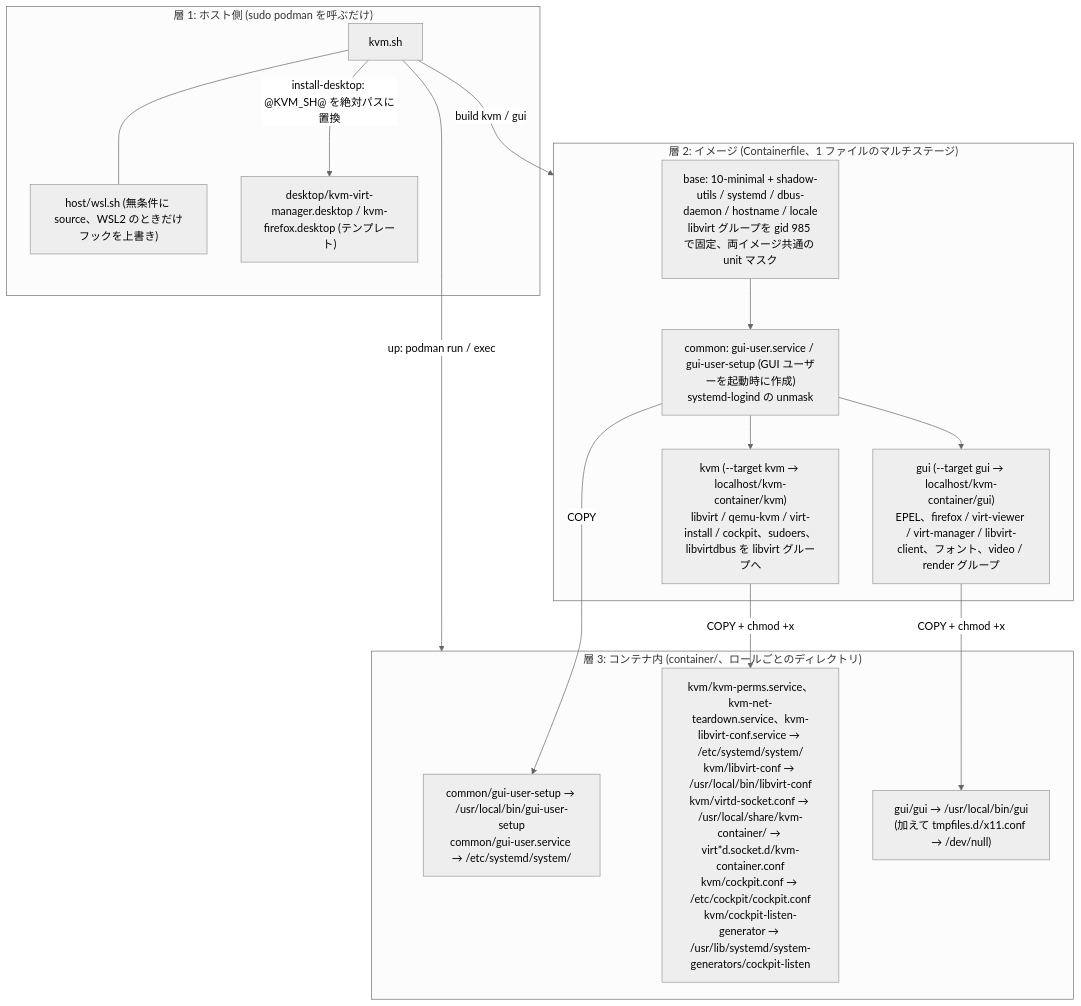
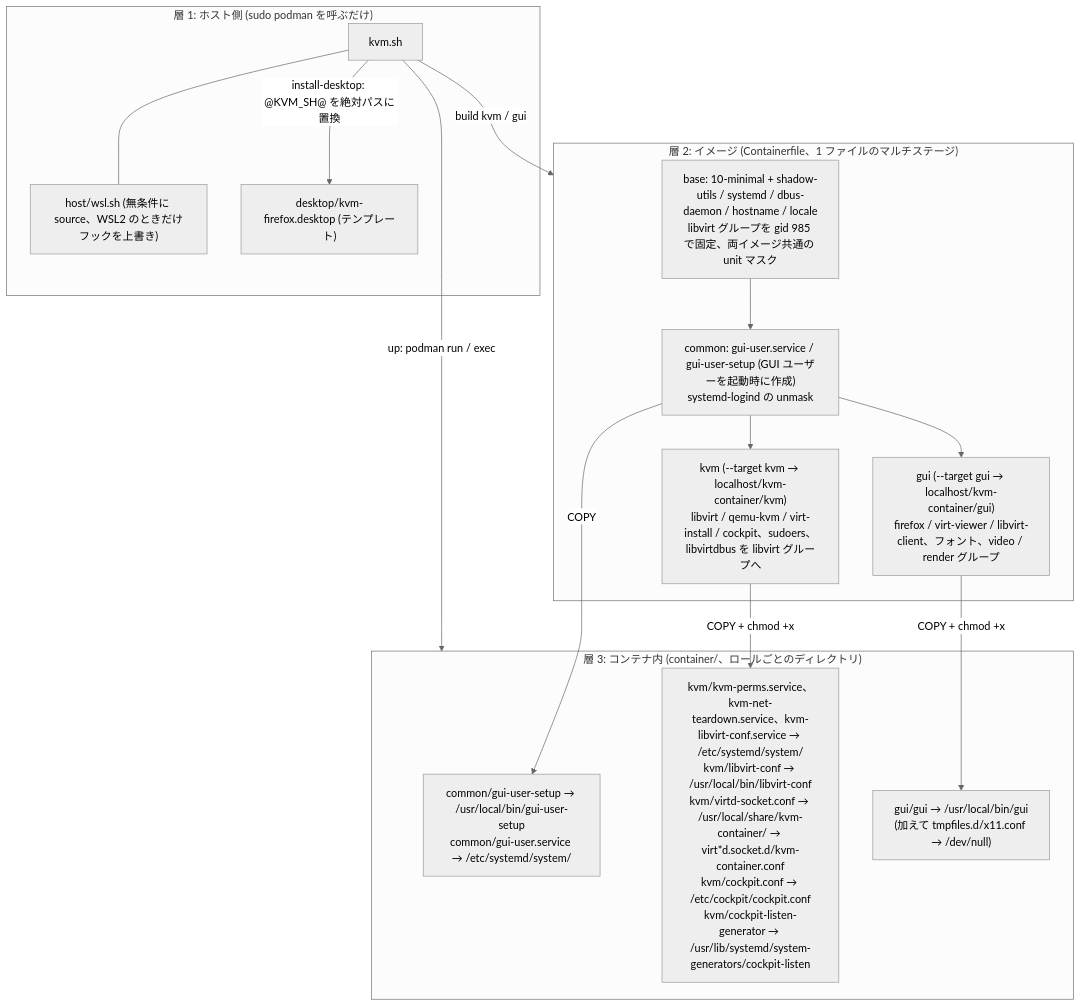
One commit to ryo-aoki-pc/kvm-container changed the fourth of 22 diagrams in docs/SPEC.md. Above: the diagram before and after it, drawn with Mermaid (neutral theme). The commit also changed other lines of this file and 6 other files, not shown here.

First line of the commit message:
virt-manager を削除する (#24)

````diff
--- a/docs/SPEC.md
+++ b/docs/SPEC.md
@@ -223,27 +223,27 @@
 ```mermaid
 flowchart TB
   subgraph L1 ["層 1: ホスト側 (sudo podman を呼ぶだけ)"]
     kvmsh["kvm.sh"] --- wsl["host/wsl.sh (無条件に source、WSL2 のときだけフックを上書き)"]
-    tmpl["desktop/kvm-virt-manager.desktop / kvm-firefox.desktop (テンプレート)"]
+    tmpl["desktop/kvm-firefox.desktop (テンプレート)"]
   end
   subgraph L2 ["層 2: イメージ (Containerfile、1 ファイルのマルチステージ)"]
     base["base: 10-minimal + shadow-utils / systemd / dbus-daemon / hostname / locale<br/>libvirt グループを gid 985 で固定、両イメージ共通の unit マスク"]
     common["common: gui-user.service / gui-user-setup (GUI ユーザーを起動時に作成)<br/>systemd-logind の unmask"]
     kvmimg["kvm (--target kvm → localhost/kvm-container/kvm)<br/>libvirt / qemu-kvm / virt-install / cockpit、sudoers、libvirtdbus を libvirt グループへ"]
-    guiimg["gui (--target gui → localhost/kvm-container/gui)<br/>EPEL、firefox / virt-viewer / virt-manager / libvirt-client、フォント、video / render グループ"]
+    guiimg["gui (--target gui → localhost/kvm-container/gui)<br/>firefox / virt-viewer / libvirt-client、フォント、video / render グループ"]
     base --> common
     common --> kvmimg
     common --> guiimg
   end
   subgraph L3 ["層 3: コンテナ内 (container/、ロールごとのディレクトリ)"]
     c1["common/gui-user-setup → /usr/local/bin/gui-user-setup<br/>common/gui-user.service → /etc/systemd/system/"]
     k1["kvm/kvm-perms.service、kvm-net-teardown.service、kvm-libvirt-conf.service → /etc/systemd/system/<br/>kvm/libvirt-conf → /usr/local/bin/libvirt-conf<br/>kvm/virtd-socket.conf → /usr/local/share/kvm-container/ → virt*d.socket.d/kvm-container.conf<br/>kvm/cockpit.conf → /etc/cockpit/cockpit.conf<br/>kvm/cockpit-listen-generator → /usr/lib/systemd/system-generators/cockpit-listen"]
     g1["gui/gui → /usr/local/bin/gui<br/>(加えて tmpfiles.d/x11.conf → /dev/null)"]
   end
   kvmsh -->|"build kvm / gui"| L2
   common -->|"COPY"| c1
   kvmimg -->|"COPY + chmod +x"| k1
   guiimg -->|"COPY + chmod +x"| g1
   kvmsh -->|"up: podman run / exec"| L3
   kvmsh -->|"install-desktop: @KVM_SH@ を絶対パスに置換"| tmpl
 ```
````
